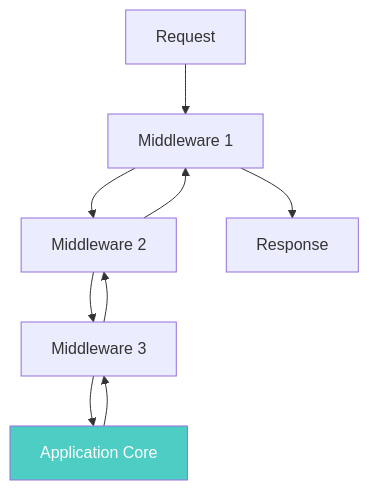
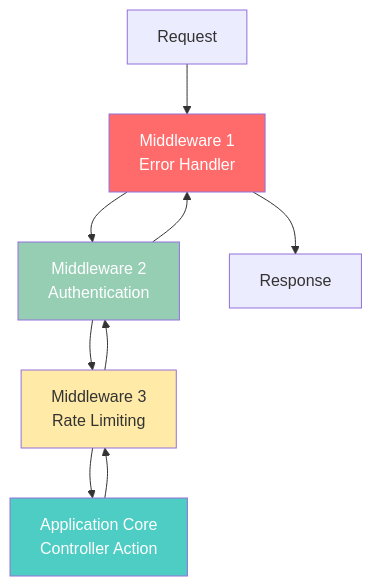
Before and after one commit to abhayraj-ops/Cake-Learn: diagram 14 of 36 in docs/06-controllers.md, drawn with Mermaid. The commit also changed other lines of this file, not shown here.

Commit message:
Enhance Controllers page with comprehensive diagrams and detailed code explanations

````diff
--- a/docs/06-controllers.md
+++ b/docs/06-controllers.md
@@ -440,13 +801,16 @@
 ```mermaid
 graph TB
-    A[Request] --> B[Middleware 1]
-    B --> C[Middleware 2]
-    C --> D[Middleware 3]
-    D --> E[Application Core]
+    A[Request] --> B[Middleware 1<br/>Error Handler]
+    B --> C[Middleware 2<br/>Authentication]
+    C --> D[Middleware 3<br/>Rate Limiting]
+    D --> E[Application Core<br/>Controller Action]
     E --> D
     D --> C
     C --> B
     B --> F[Response]
 
     style E fill:#4ecdc4,color:#fff
+    style B fill:#ff6b6b,color:#fff
+    style C fill:#96ceb4,color:#fff
+    style D fill:#ffeaa7,color:#333
 ```
````
